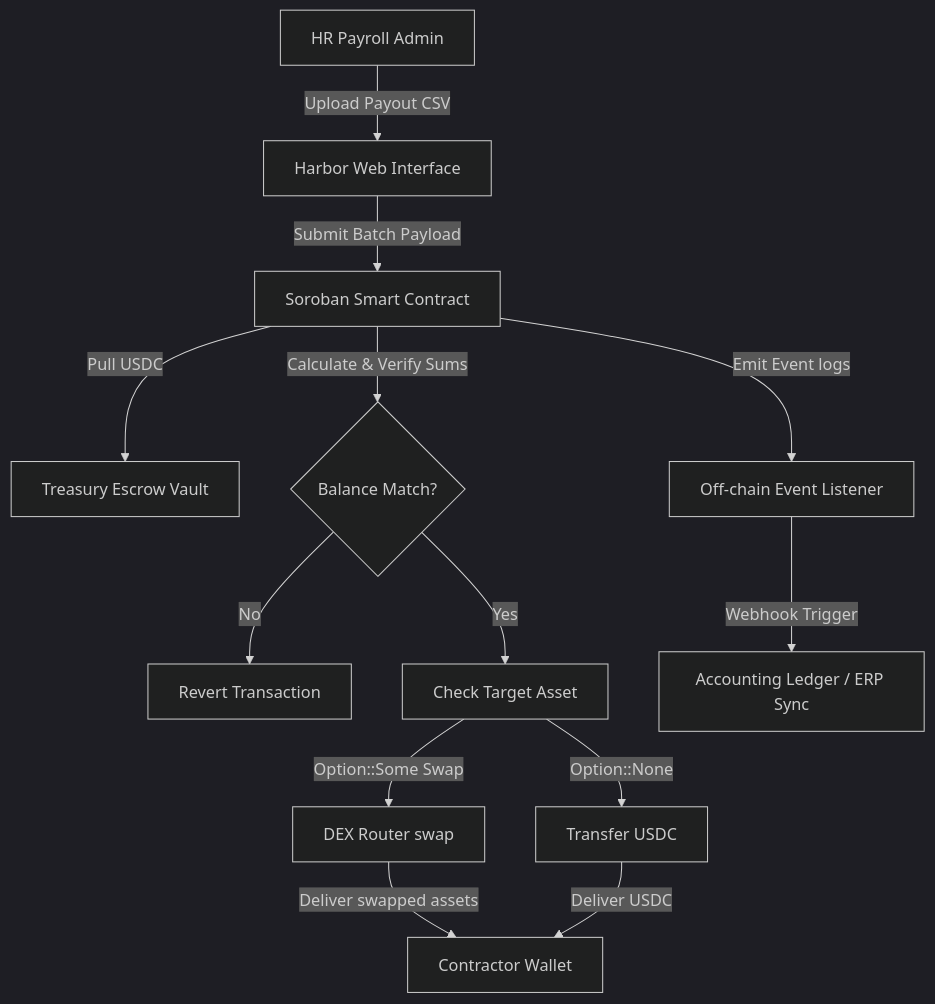
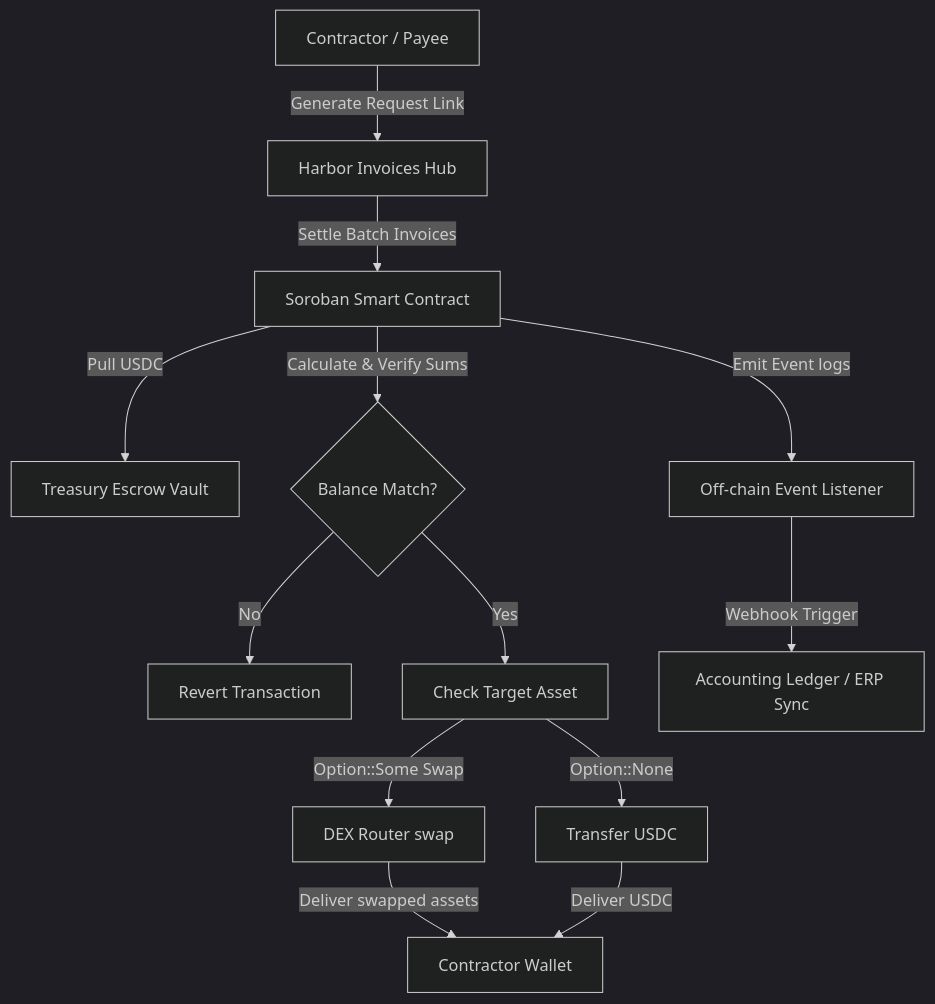
The diagram in README.md (midexol/harbor), drawn with Mermaid (dark theme) before and after one commit. The commit also changed other lines of this file and 1 other file, not shown here.

Commit message:
updated README architecture logs and marked path swaps issue as completed in contributing guide

````diff
--- a/README.md
+++ b/README.md
@@ -20,15 +21,15 @@
 ```mermaid
 graph TD
-    A[HR Payroll Admin] -->|Upload Payout CSV| B[Harbor Web Interface]
-    B -->|Submit Batch Payload| C[Soroban Smart Contract]
+    A[Contractor / Payee] -->|Generate Request Link| B[Harbor Invoices Hub]
+    B -->|Settle Batch Invoices| C[Soroban Smart Contract]
     C -->|Pull USDC| D[Treasury Escrow Vault]
     C -->|Calculate & Verify Sums| E{Balance Match?}
     E -->|No| F[Revert Transaction]
     E -->|Yes| G[Check Target Asset]
     G -->|Option::Some Swap| H[DEX Router swap]
     G -->|Option::None| I[Transfer USDC]
     H -->|Deliver swapped assets| J[Contractor Wallet]
     I -->|Deliver USDC| J
     C -->|Emit Event logs| K[Off-chain Event Listener]
     K -->|Webhook Trigger| L[Accounting Ledger / ERP Sync]
 ```
````
